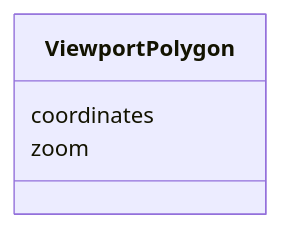
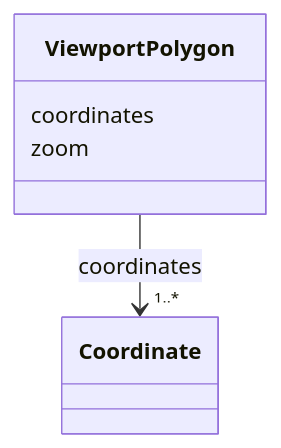
One commit to debrief/debrief-future changed the diagram in schema-docs-md/classes/ViewportPolygon.md. Above: the diagram before and after it, drawn with Mermaid. The commit also changed other lines of this file and 238 other files, not shown here.

````diff
--- a/schema-docs-md/classes/ViewportPolygon.md
+++ b/schema-docs-md/classes/ViewportPolygon.md
@@ -19,10 +19,19 @@
 ```mermaid
  classDiagram
     class ViewportPolygon
     click ViewportPolygon href "../../classes/ViewportPolygon/"
       ViewportPolygon : coordinates
         
+          
+    
+        
+        
+        ViewportPolygon --> "1..*" Coordinate : coordinates
+        click Coordinate href "../../classes/Coordinate/"
+    
+
+        
       ViewportPolygon : zoom
         
       
 ```
````
